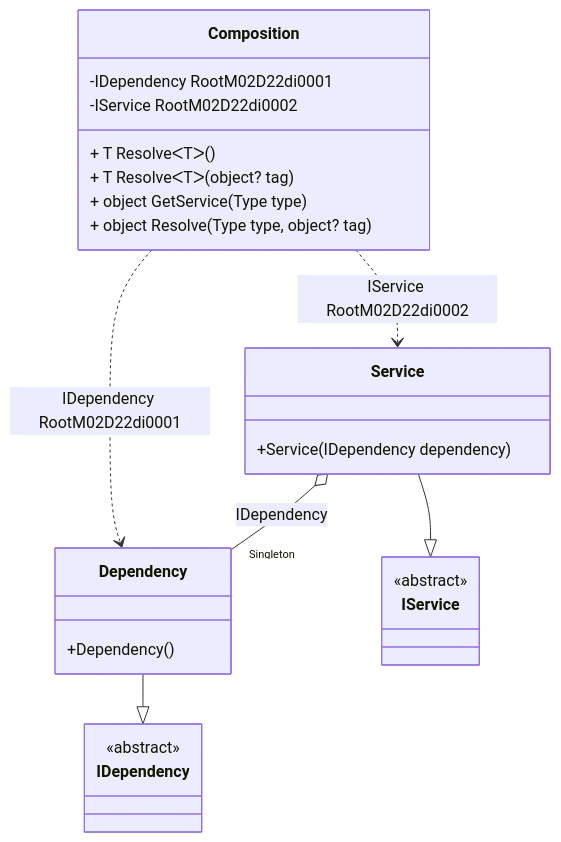
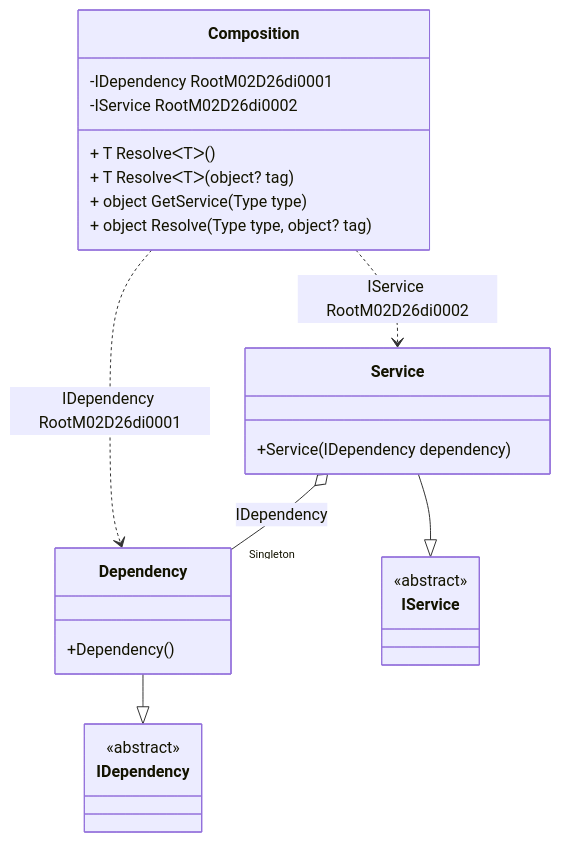
The diagram in readme/service-provider.md (DevTeam/Pure.DI), drawn with Mermaid before and after one commit. The commit also changed other lines of this file and 69 other files, not shown here.

````diff
--- a/readme/service-provider.md
+++ b/readme/service-provider.md
@@ -45,28 +45,28 @@
 ```mermaid
 classDiagram
   class Composition {
-    -IDependency RootM02D22di0001
-    -IService RootM02D22di0002
+    -IDependency RootM02D26di0001
+    -IService RootM02D26di0002
     + T ResolveᐸTᐳ()
     + T ResolveᐸTᐳ(object? tag)
     + object GetService(Type type)
     + object Resolve(Type type, object? tag)
   }
   Dependency --|> IDependency : 
   class Dependency {
     +Dependency()
   }
   Service --|> IService : 
   class Service {
     +Service(IDependency dependency)
   }
   class IDependency {
     <<abstract>>
   }
   class IService {
     <<abstract>>
   }
   Service o--  "Singleton" Dependency : IDependency
-  Composition ..> Dependency : IDependency RootM02D22di0001
-  Composition ..> Service : IService RootM02D22di0002
+  Composition ..> Dependency : IDependency RootM02D26di0001
+  Composition ..> Service : IService RootM02D26di0002
 ```
````
